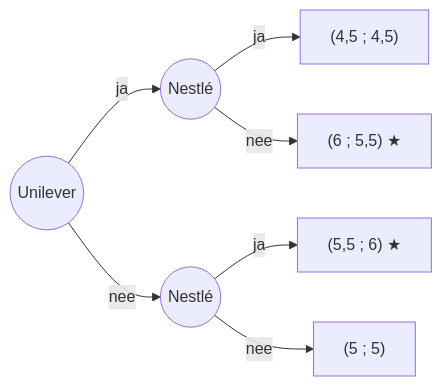
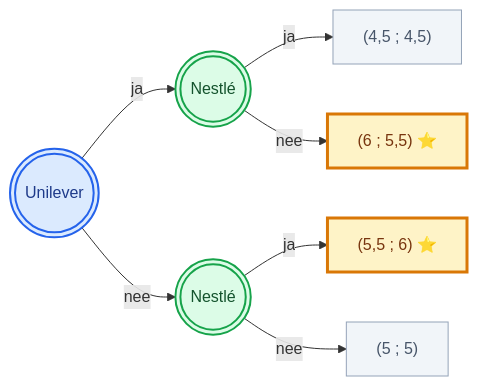
One commit to ateknol/HAVO-Economie-examen changed the seventh of 23 diagrams in Volledige_Samenvatting_H1_H2.md. Above: the diagram before and after it, drawn with Mermaid. The commit also changed other lines of this file and 3 other files, not shown here.

````diff
--- a/Volledige_Samenvatting_H1_H2.md
+++ b/Volledige_Samenvatting_H1_H2.md
@@ -372,12 +477,27 @@
 ```mermaid
 flowchart LR
-    U(("Unilever"))
-    N1(("Nestlé"))
-    N2(("Nestlé"))
-    U -- "ja" --> N1
-    U -- "nee" --> N2
-    N1 -- "ja" --> R1["(4,5 ; 4,5)"]
-    N1 -- "nee" --> R2["(6 ; 5,5) ★"]
-    N2 -- "ja" --> R3["(5,5 ; 6) ★"]
-    N2 -- "nee" --> R4["(5 ; 5)"]
+    U(((Unilever)))
+    N1(((Nestlé)))
+    N2(((Nestlé)))
+    R1["(4,5 ; 4,5)"]
+    R2["(6 ; 5,5) ⭐"]
+    R3["(5,5 ; 6) ⭐"]
+    R4["(5 ; 5)"]
+
+    U -->|"ja"| N1
+    U -->|"nee"| N2
+    N1 -->|"ja"| R1
+    N1 -->|"nee"| R2
+    N2 -->|"ja"| R3
+    N2 -->|"nee"| R4
+
+    classDef speler1 fill:#dbeafe,stroke:#2563eb,stroke-width:2px,color:#1e3a8a
+    classDef speler2 fill:#dcfce7,stroke:#16a34a,stroke-width:2px,color:#14532d
+    classDef gekozen fill:#fef3c7,stroke:#d97706,stroke-width:3px,color:#78350f
+    classDef niet fill:#f1f5f9,stroke:#94a3b8,stroke-width:1px,color:#475569
+
+    class U speler1
+    class N1,N2 speler2
+    class R2,R3 gekozen
+    class R1,R4 niet
 ```
````
